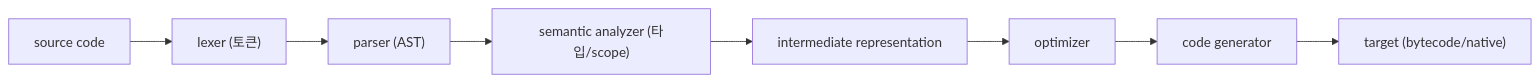
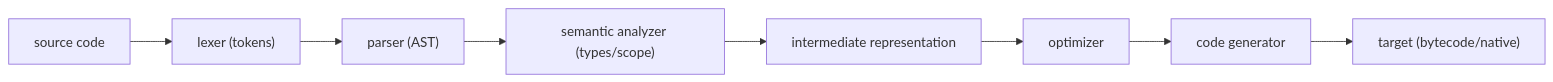
The diagram in content/compilers-101/ko/01-what-is-a-compiler.md (yeongseon-books/book-content), drawn with Mermaid before and after one commit. The commit also changed other lines of this file and 9 other files, not shown here.

````diff
--- a/content/compilers-101/ko/01-what-is-a-compiler.md
+++ b/content/compilers-101/ko/01-what-is-a-compiler.md
@@ -36,10 +46,10 @@
 ```mermaid
 flowchart LR
-    A["source code"] --> B["lexer (토큰)"]
+    A["source code"] --> B["lexer (tokens)"]
     B --> C["parser (AST)"]
-    C --> D["semantic analyzer (타입/scope)"]
+    C --> D["semantic analyzer (types/scope)"]
     D --> E["intermediate representation"]
     E --> F["optimizer"]
     F --> G["code generator"]
     G --> H["target (bytecode/native)"]
 ```
````
